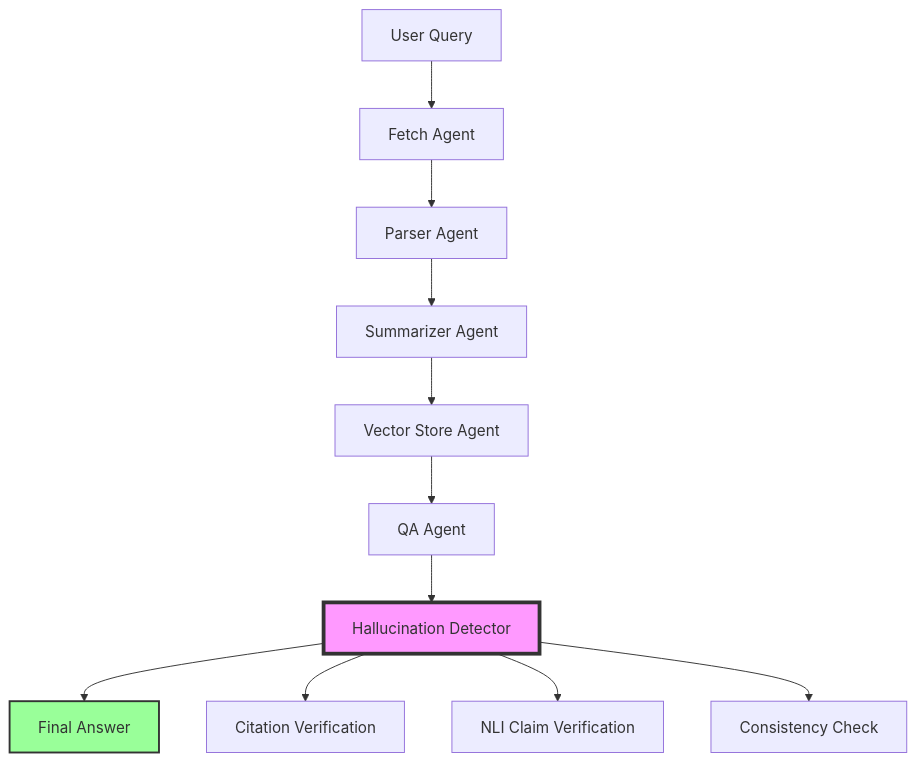
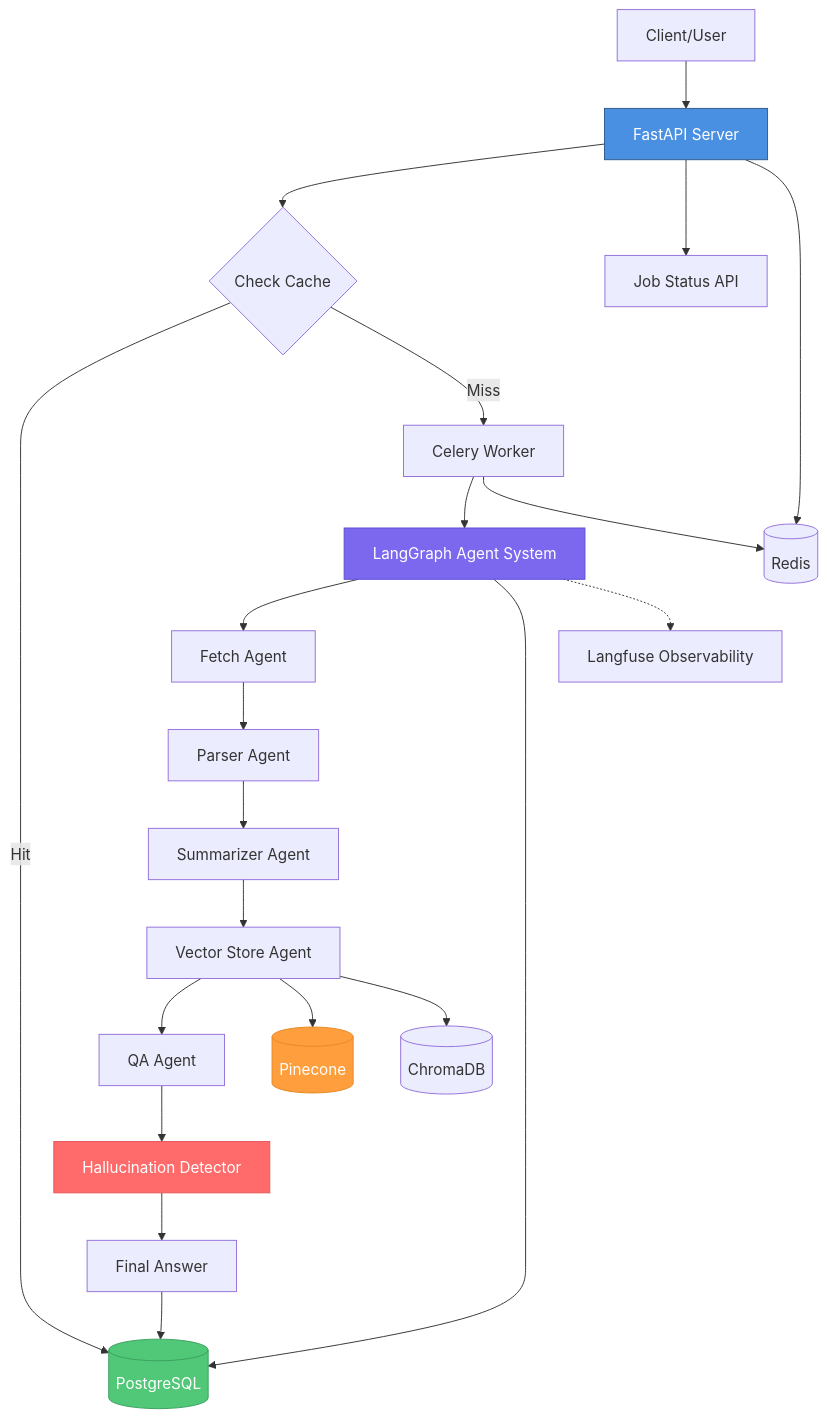
The diagram in README.md (jalajrastogi4/Research-Paper-QA-Summary), drawn with Mermaid before and after one commit. The commit also changed other lines of this file and 11 other files, not shown here.

````diff
--- a/README.md
+++ b/README.md
@@ -19,17 +28,37 @@
 ```mermaid
-graph TD
-    A[User Query] --> B[Fetch Agent]
-    B --> C[Parser Agent]
-    C --> D[Summarizer Agent]
-    D --> E[Vector Store Agent]
-    E --> F[QA Agent]
-    F --> G[Hallucination Detector]
-    G --> H[Final Answer]
+graph TB
+    Client[Client/User] --> API[FastAPI Server]
+    API --> Cache{Check Cache}
+    API --> Jobs[Job Status API]
     
-    G --> G1[Citation Verification]
-    G --> G2[NLI Claim Verification]
-    G --> G3[Consistency Check]
+    Cache -->|Hit| DB[(PostgreSQL)]
+    Cache -->|Miss| Celery[Celery Worker]
     
-    style G fill:#f9f,stroke:#333,stroke-width:4px
-    style H fill:#9f9,stroke:#333,stroke-width:2px
+    Celery --> Graph[LangGraph Agent System]
+    
+    Graph --> Fetch[Fetch Agent]
+    Fetch --> Parse[Parser Agent]
+    Parse --> Summarize[Summarizer Agent]
+    Summarize --> Vector[Vector Store Agent]
+    Vector --> QA[QA Agent]
+    QA --> Hallucination[Hallucination Detector]
+    
+    Vector --> Pinecone[(Pinecone)]
+    Vector --> ChromaDB[(ChromaDB)]
+    
+    Graph --> DB
+    
+    Hallucination --> Result[Final Answer]
+    Result --> DB
+    
+    API --> Redis[(Redis)]
+    Celery --> Redis
+    
+    Graph -.-> Langfuse[Langfuse Observability]
+    
+    style API fill:#4A90E2,stroke:#2E5C8A,color:#fff
+    style Graph fill:#7B68EE,stroke:#5A4FCF,color:#fff
+    style Hallucination fill:#FF6B6B,stroke:#E85555,color:#fff
+    style DB fill:#50C878,stroke:#3BA05F,color:#fff
+    style Pinecone fill:#FF9E3D,stroke:#E88825,color:#fff
 ```
````
